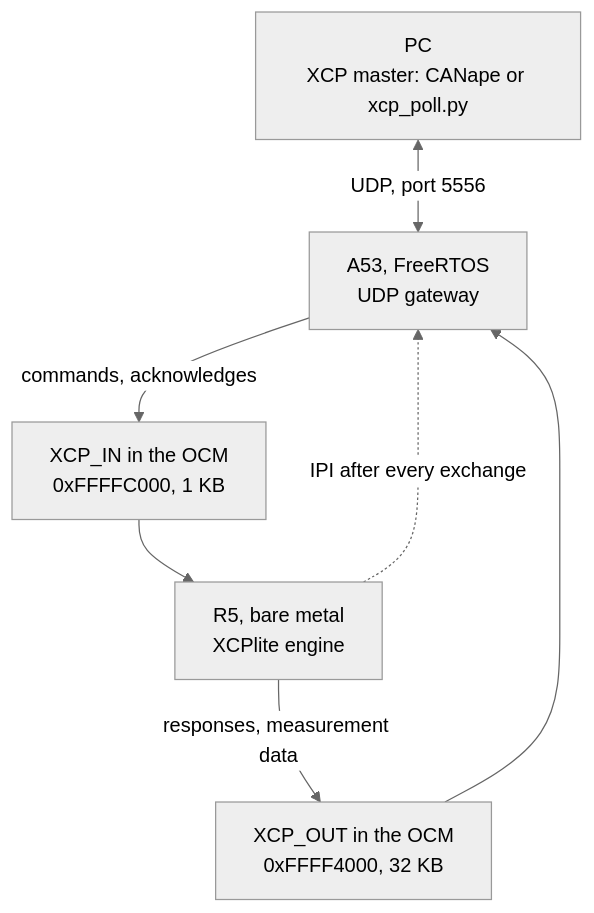
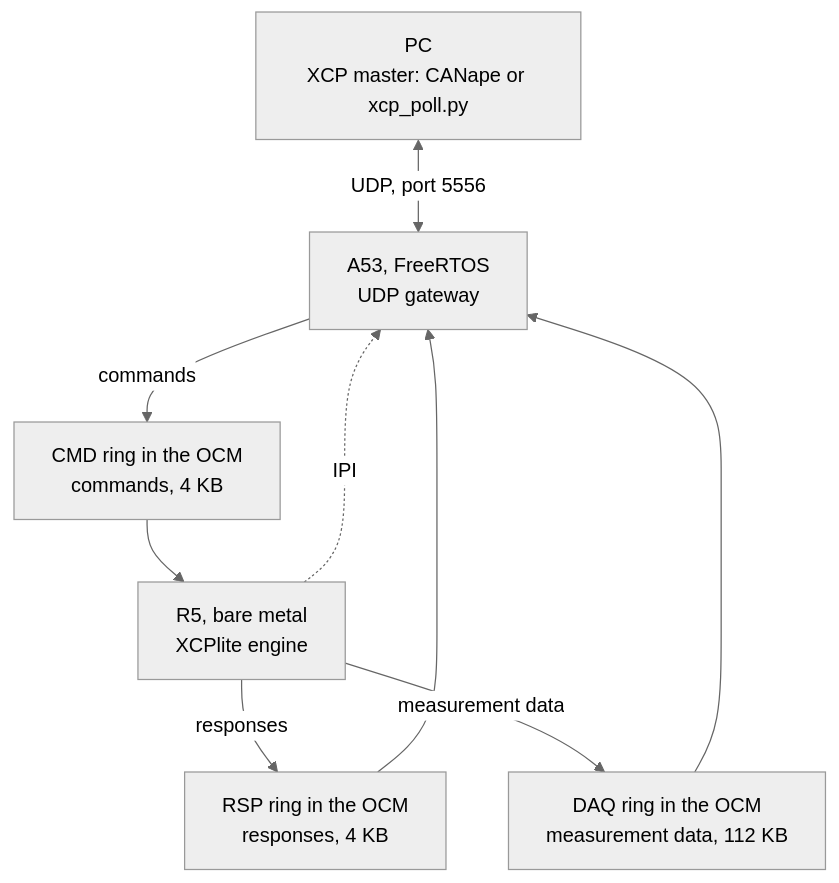
Before and after one commit to ultrazohm/ultrazohm_sw: the first of 5 diagrams in docs/source/guide/XCP/XCP_architecture.rst, drawn with Mermaid (neutral theme). The commit also changed other lines of this file and 2 other files, not shown here.

First line of the commit message:
docs: XCP pages describe the OCM rings, the DAQ budget and 8-byte writes

```diff
--- a/docs/source/guide/XCP/XCP_architecture.rst
+++ b/docs/source/guide/XCP/XCP_architecture.rst
@@ -19,16 +19,19 @@
 .. mermaid::
     :align: center
     :caption: XCP data path of the UltraZohm
 
     flowchart TB
       pc["PC<br>XCP master: CANape or xcp_poll.py"]
       a53["A53, FreeRTOS<br>UDP gateway"]
-      xin["XCP_IN in the OCM<br>0xFFFFC000, 1 KB"]
+      cmd["CMD ring in the OCM<br>commands, 4 KB"]
       r5["R5, bare metal<br>XCPlite engine"]
-      xout["XCP_OUT in the OCM<br>0xFFFF4000, 32 KB"]
+      rsp["RSP ring in the OCM<br>responses, 4 KB"]
+      daq["DAQ ring in the OCM<br>measurement data, 112 KB"]
       pc <-- "UDP, port 5556" --> a53
-      a53 -- "commands, acknowledges" --> xin
-      xin --> r5
-      r5 -- "responses, measurement data" --> xout
-      xout --> a53
-      r5 -. "IPI after every exchange" .-> a53
+      a53 -- "commands" --> cmd
+      cmd --> r5
+      r5 -- "responses" --> rsp
+      r5 -- "measurement data" --> daq
+      rsp --> a53
+      daq --> a53
+      r5 -. "IPI" .-> a53
```
